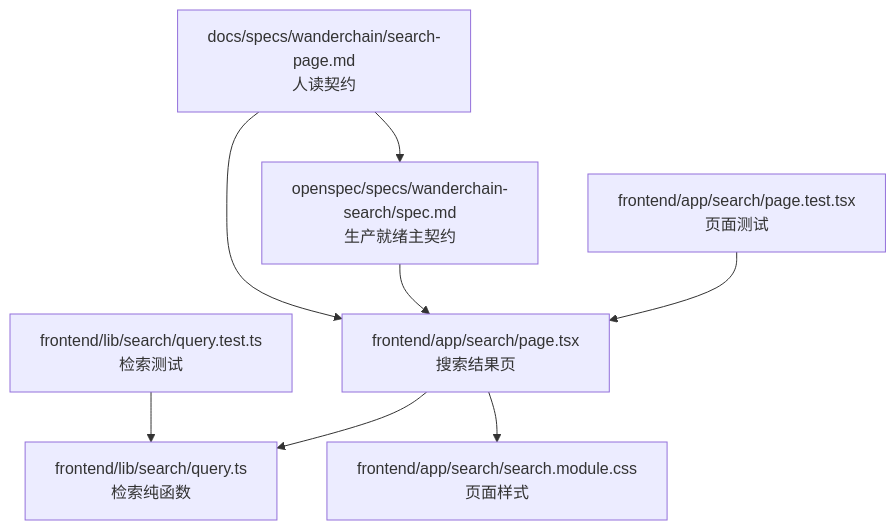
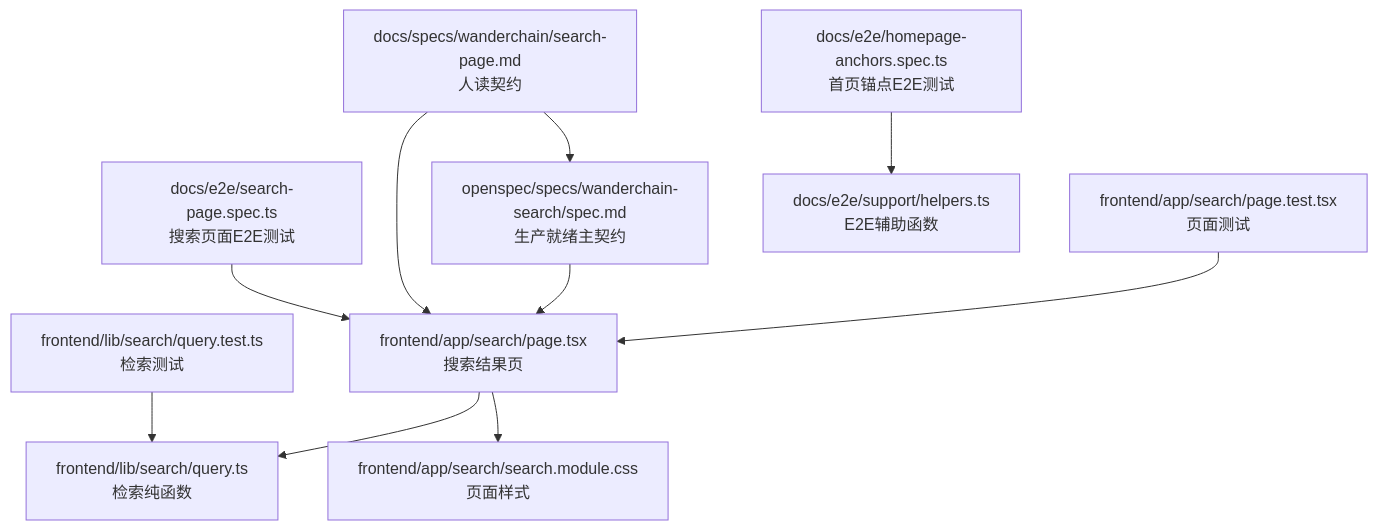
The first of 8 diagrams in .qoder/repowiki/zh/content/规格驱动开发/WanderChain 首页规格文档/WanderChain 搜索页面规格.md (luyitiger6/my-first-project), drawn with Mermaid before and after one commit. The commit also changed other lines of this file and 42 other files, not shown here.

````diff
--- a/.qoder/repowiki/zh/content/规格驱动开发/WanderChain 首页规格文档/WanderChain 搜索页面规格.md
+++ b/.qoder/repowiki/zh/content/规格驱动开发/WanderChain 首页规格文档/WanderChain 搜索页面规格.md
@@ -55,10 +61,12 @@
 ```mermaid
 graph TB
 A["docs/specs/wanderchain/search-page.md<br/>人读契约"] --> B["openspec/specs/wanderchain-search/spec.md<br/>生产就绪主契约"]
 C["frontend/app/search/page.tsx<br/>搜索结果页"] --> D["frontend/lib/search/query.ts<br/>检索纯函数"]
 C --> E["frontend/app/search/search.module.css<br/>页面样式"]
 F["frontend/app/search/page.test.tsx<br/>页面测试"] --> C
 G["frontend/lib/search/query.test.ts<br/>检索测试"] --> D
 B --> C
 A --> C
+H["docs/e2e/search-page.spec.ts<br/>搜索页面E2E测试"] --> C
+I["docs/e2e/homepage-anchors.spec.ts<br/>首页锚点E2E测试"] --> J["docs/e2e/support/helpers.ts<br/>E2E辅助函数"]
 ```
````
